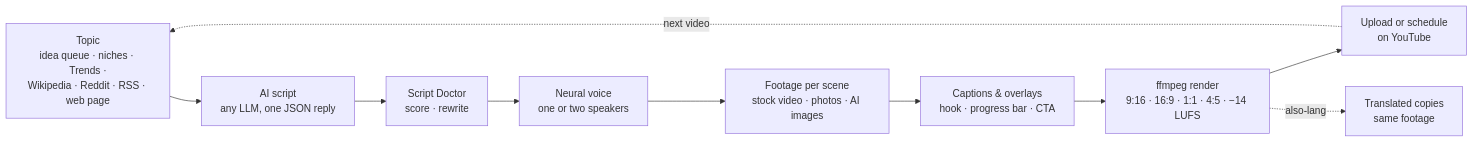
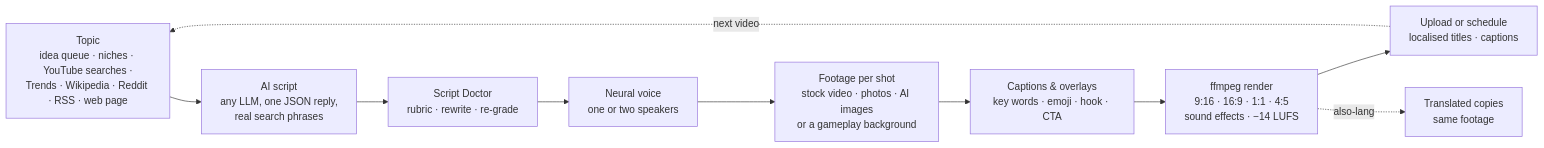
One commit to Chamanrajragu/purffle-shorts changed the diagram in README.md. Above: the diagram before and after it, drawn with Mermaid. The commit also changed other lines of this file and 17 other files, not shown here.

````diff
--- a/README.md
+++ b/README.md
@@ -210,12 +253,12 @@
 ```mermaid
 flowchart LR
-    A["Topic<br/>idea queue · niches · Trends ·<br/>Wikipedia · Reddit · RSS · web page"] --> B["AI script<br/>any LLM, one JSON reply"]
-    B --> R["Script Doctor<br/>score · rewrite"]
+    A["Topic<br/>idea queue · niches · YouTube searches ·<br/>Trends · Wikipedia · Reddit · RSS · web page"] --> B["AI script<br/>any LLM, one JSON reply,<br/>real search phrases"]
+    B --> R["Script Doctor<br/>rubric · rewrite · re-grade"]
     R --> C["Neural voice<br/>one or two speakers"]
-    C --> D["Footage per scene<br/>stock video · photos · AI images"]
-    D --> E["Captions & overlays<br/>hook · progress bar · CTA"]
-    E --> F["ffmpeg render<br/>9:16 · 16:9 · 1:1 · 4:5 · −14 LUFS"]
-    F --> G["Upload or schedule<br/>on YouTube"]
+    C --> D["Footage per shot<br/>stock video · photos · AI images<br/>or a gameplay background"]
+    D --> E["Captions & overlays<br/>key words · emoji · hook · CTA"]
+    E --> F["ffmpeg render<br/>9:16 · 16:9 · 1:1 · 4:5<br/>sound effects · −14 LUFS"]
+    F --> G["Upload or schedule<br/>localised titles · captions"]
     F -. also-lang .-> T["Translated copies<br/>same footage"]
     G -. next video .-> A
 ```
````
